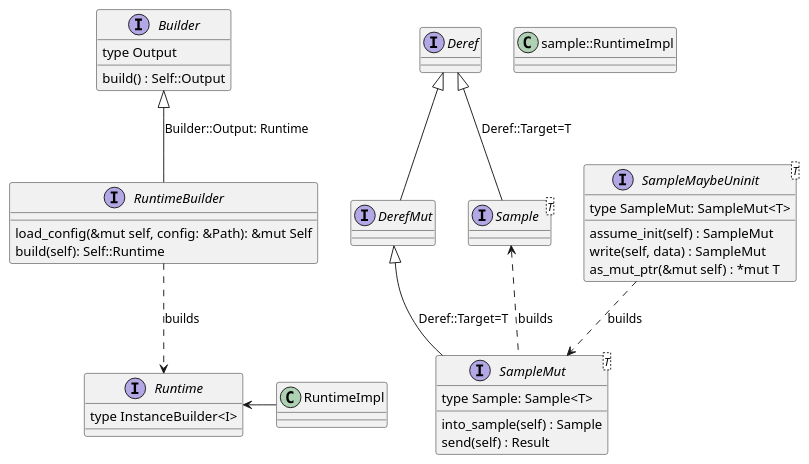
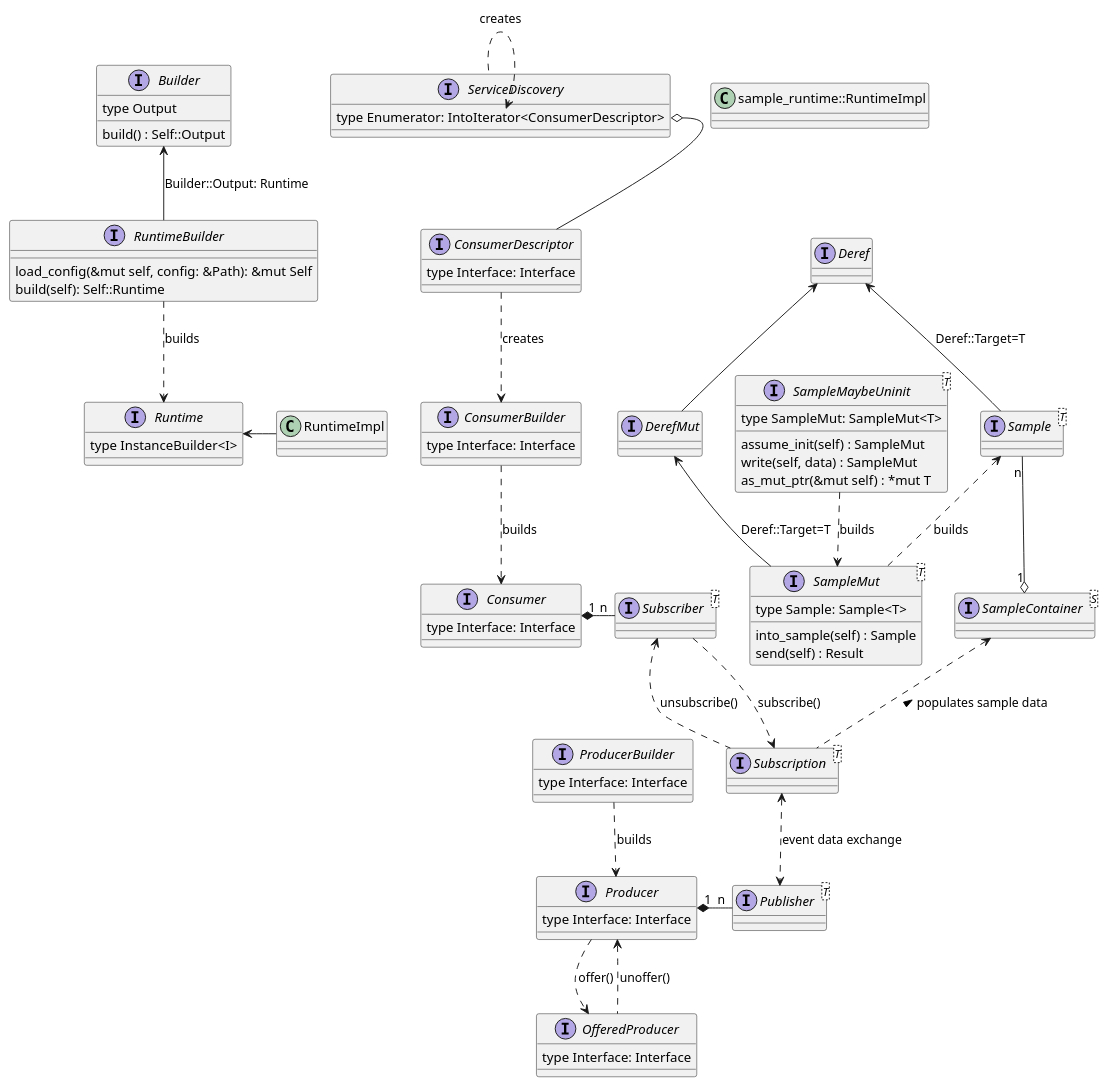
Before and after one commit to eclipse-score/inc_mw_com: the diagram in com-api/docs/static.puml, drawn with PlantUML. The commit also changed 9 other files, not shown here.

```diff
--- a/com-api/docs/static.puml
+++ b/com-api/docs/static.puml
@@ -1,60 +1,111 @@
 @startuml
 
 ' Copyright (c) 2025 Contributors to the Eclipse Foundation
 '
 ' See the NOTICE file(s) distributed with this work for additional
 ' information regarding copyright ownership.
 '
 ' This program and the accompanying materials are made available under the
 ' terms of the Apache License Version 2.0 which is available at
 ' <https://www.apache.org/licenses/LICENSE-2.0>
 '
 ' SPDX-License-Identifier: Apache-2.0
 
 interface Builder {
     type Output
     build() : Self::Output
 }
 
 ' Also called "Node"
 interface Runtime {
     type InstanceBuilder<I>
 }
 
 Interface RuntimeBuilder {
     load_config(&mut self, config: &Path): &mut Self
     build(self): Self::Runtime
 }
 
-Builder <|-- RuntimeBuilder : Builder::Output: Runtime
+Builder <-- RuntimeBuilder : Builder::Output: Runtime
 RuntimeBuilder ..> Runtime : builds
 
 interface Deref
 interface DerefMut
-Deref <|-- DerefMut
+Deref <-- DerefMut
 
 interface Sample<T>
-Deref <|-- Sample : Deref::Target=T
+Deref <-- Sample : Deref::Target=T
 
 interface SampleMut<T> {
     type Sample: Sample<T>
     into_sample(self) : Sample
     send(self) : Result
 }
-DerefMut <|-- SampleMut : Deref::Target=T
+DerefMut <-- SampleMut : Deref::Target=T
 
 interface SampleMaybeUninit<T> {
     type SampleMut: SampleMut<T>
     assume_init(self) : SampleMut
     write(self, data) : SampleMut
     as_mut_ptr(&mut self) : *mut T
 }
 
 SampleMaybeUninit ..> SampleMut : builds
 Sample <.. SampleMut : builds
 
-class sample::RuntimeImpl
+class sample_runtime::RuntimeImpl
 
 Runtime <- RuntimeImpl
 
+interface ProducerBuilder {
+  type Interface: Interface
+}
+interface Producer {
+  type Interface: Interface
+}
+interface OfferedProducer {
+  type Interface: Interface
+}
+
+ProducerBuilder ..> Producer : builds
+Producer ..> OfferedProducer : offer()
+Producer <.. OfferedProducer : unoffer()
+
+interface ServiceDiscovery {
+  type Enumerator: IntoIterator<ConsumerDescriptor>
+}
+
+interface ConsumerDescriptor {
+  type Interface: Interface
+}
+interface ConsumerBuilder {
+  type Interface: Interface
+}
+interface Consumer {
+  type Interface: Interface
+}
+
+ServiceDiscovery ..> ServiceDiscovery::Enumerator : creates
+ServiceDiscovery::Enumerator o-- ConsumerDescriptor
+ConsumerDescriptor ..> ConsumerBuilder : creates
+ConsumerBuilder ..> Consumer : builds
+
+interface Subscriber<T>
+interface Subscription<T>
+interface SampleContainer<S>
+
+Sample "n" --o "1" SampleContainer
+
+Subscriber ..> Subscription : subscribe()
+Subscriber <.. Subscription : unsubscribe()
+
+SampleContainer <.. Subscription : populates sample data <
+
+Consumer "1" *- "n" Subscriber
+
+interface Publisher<T>
+
+Producer "1" *- "n" Publisher
+Subscription <..> Publisher : event data exchange
+
 @enduml
```
